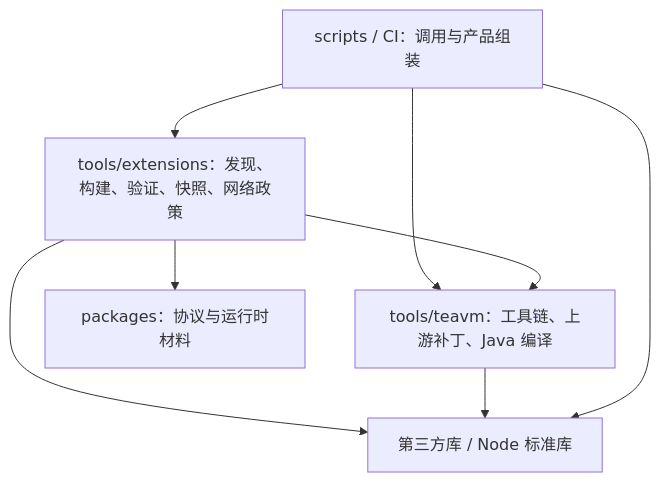
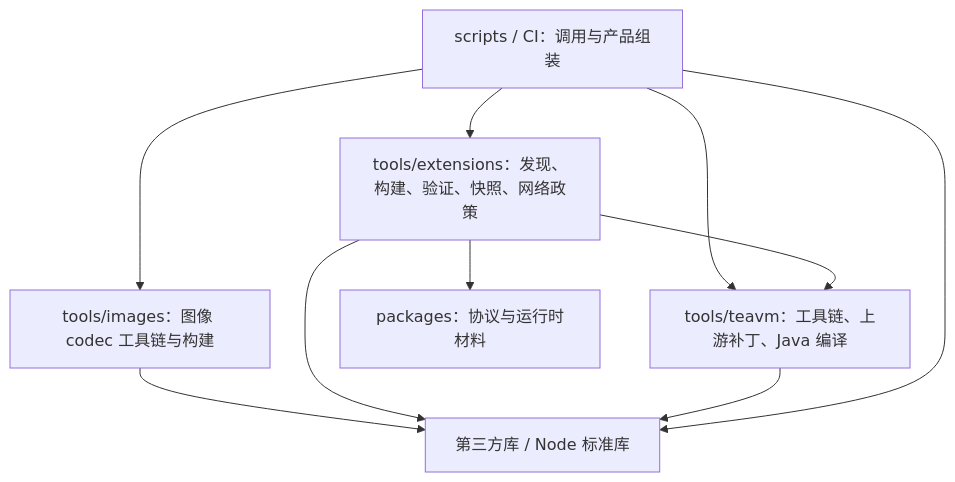
One commit to Wybxc/karuyomi changed the diagram in docs/TOOLING.md. Above: the diagram before and after it, drawn with Mermaid. The commit also changed other lines of this file and 11 other files, not shown here.

````diff
--- a/docs/TOOLING.md
+++ b/docs/TOOLING.md
@@ -9,10 +9,12 @@
 ```mermaid
 flowchart TD
   CLI["scripts / CI：调用与产品组装"] --> EXT["tools/extensions：发现、构建、验证、快照、网络政策"]
+  CLI --> IMG["tools/images：图像 codec 工具链与构建"]
+  IMG --> BASE
   CLI --> JVM["tools/teavm：工具链、上游补丁、Java 编译"]
   EXT --> JVM
   EXT --> BASE["第三方库 / Node 标准库"]
   JVM --> BASE
   CLI --> BASE
   EXT --> CONTRACT["packages：协议与运行时材料"]
 ```
````
